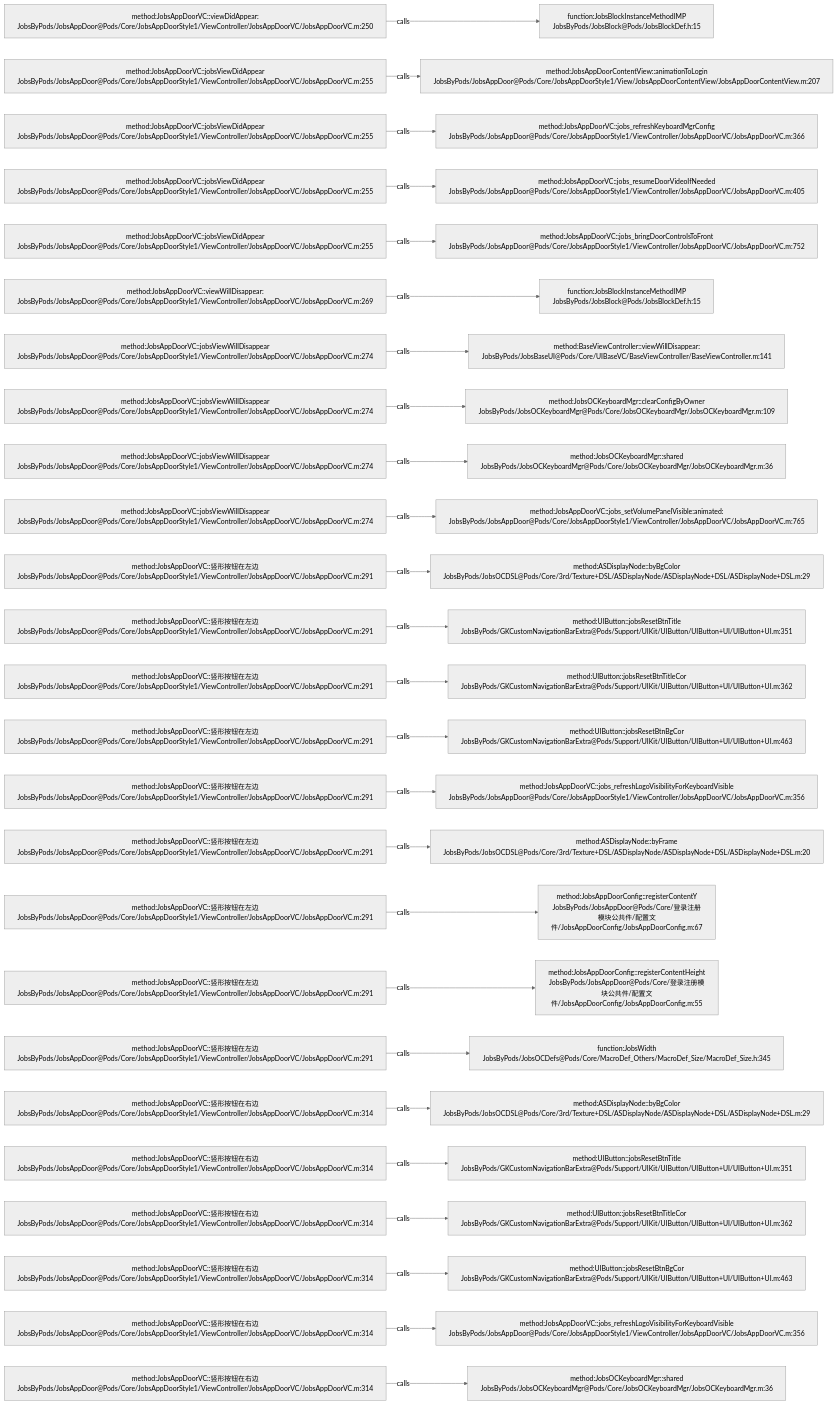
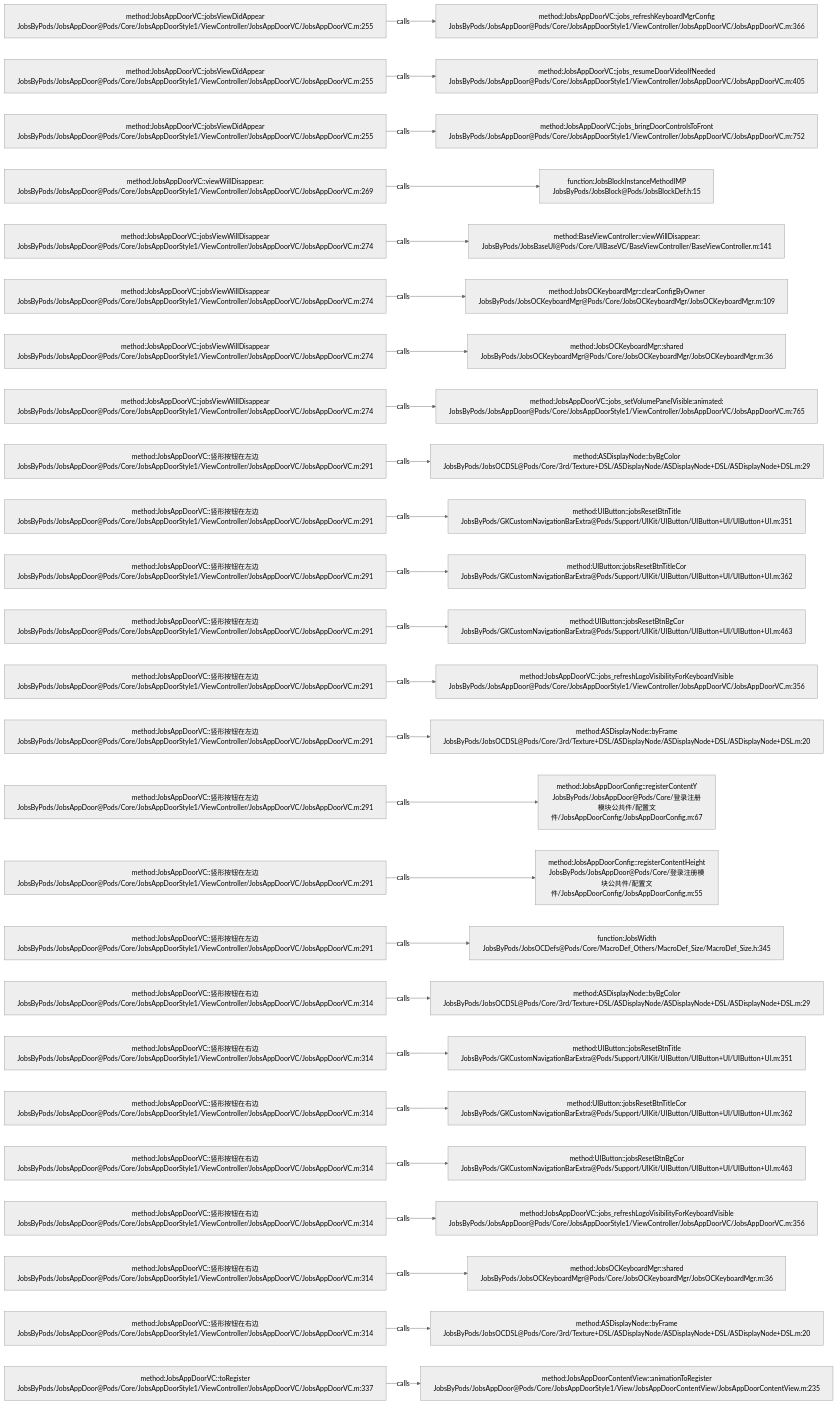
One commit to JobsKits/JobsOCBaseConfigDemo changed the diagram in .codegraph/codegraph.md/graphs/calls-106.md. Above: the diagram before and after it, drawn with Mermaid (neutral theme). The commit also changed 116 other files, not shown here.

````diff
--- a/.codegraph/codegraph.md/graphs/calls-106.md
+++ b/.codegraph/codegraph.md/graphs/calls-106.md
@@ -13,78 +13,78 @@
 ```mermaid
 flowchart LR
-  S1["method:JobsAppDoorVC::viewDidAppear:<br/>JobsByPods/JobsAppDoor@Pods/Core/JobsAppDoorStyle1/ViewController/JobsAppDoorVC/JobsAppDoorVC.m:250"]
-  T1["function:JobsBlockInstanceMethodIMP<br/>JobsByPods/JobsBlock@Pods/JobsBlockDef.h:15"]
+  S1["method:JobsAppDoorVC::jobsViewDidAppear<br/>JobsByPods/JobsAppDoor@Pods/Core/JobsAppDoorStyle1/ViewController/JobsAppDoorVC/JobsAppDoorVC.m:255"]
+  T1["method:JobsAppDoorVC::jobs_refreshKeyboardMgrConfig<br/>JobsByPods/JobsAppDoor@Pods/Core/JobsAppDoorStyle1/ViewController/JobsAppDoorVC/JobsAppDoorVC.m:366"]
   S1 -->|calls| T1
   S2["method:JobsAppDoorVC::jobsViewDidAppear<br/>JobsByPods/JobsAppDoor@Pods/Core/JobsAppDoorStyle1/ViewController/JobsAppDoorVC/JobsAppDoorVC.m:255"]
-  T2["method:JobsAppDoorContentView::animationToLogin<br/>JobsByPods/JobsAppDoor@Pods/Core/JobsAppDoorStyle1/View/JobsAppDoorContentView/JobsAppDoorContentView.m:207"]
+  T2["method:JobsAppDoorVC::jobs_resumeDoorVideoIfNeeded<br/>JobsByPods/JobsAppDoor@Pods/Core/JobsAppDoorStyle1/ViewController/JobsAppDoorVC/JobsAppDoorVC.m:405"]
   S2 -->|calls| T2
   S3["method:JobsAppDoorVC::jobsViewDidAppear<br/>JobsByPods/JobsAppDoor@Pods/Core/JobsAppDoorStyle1/ViewController/JobsAppDoorVC/JobsAppDoorVC.m:255"]
-  T3["method:JobsAppDoorVC::jobs_refreshKeyboardMgrConfig<br/>JobsByPods/JobsAppDoor@Pods/Core/JobsAppDoorStyle1/ViewController/JobsAppDoorVC/JobsAppDoorVC.m:366"]
+  T3["method:JobsAppDoorVC::jobs_bringDoorControlsToFront<br/>JobsByPods/JobsAppDoor@Pods/Core/JobsAppDoorStyle1/ViewController/JobsAppDoorVC/JobsAppDoorVC.m:752"]
   S3 -->|calls| T3
-  S4["method:JobsAppDoorVC::jobsViewDidAppear<br/>JobsByPods/JobsAppDoor@Pods/Core/JobsAppDoorStyle1/ViewController/JobsAppDoorVC/JobsAppDoorVC.m:255"]
-  T4["method:JobsAppDoorVC::jobs_resumeDoorVideoIfNeeded<br/>JobsByPods/JobsAppDoor@Pods/Core/JobsAppDoorStyle1/ViewController/JobsAppDoorVC/JobsAppDoorVC.m:405"]
+  S4["method:JobsAppDoorVC::viewWillDisappear:<br/>JobsByPods/JobsAppDoor@Pods/Core/JobsAppDoorStyle1/ViewController/JobsAppDoorVC/JobsAppDoorVC.m:269"]
+  T4["function:JobsBlockInstanceMethodIMP<br/>JobsByPods/JobsBlock@Pods/JobsBlockDef.h:15"]
   S4 -->|calls| T4
-  S5["method:JobsAppDoorVC::jobsViewDidAppear<br/>JobsByPods/JobsAppDoor@Pods/Core/JobsAppDoorStyle1/ViewController/JobsAppDoorVC/JobsAppDoorVC.m:255"]
-  T5["method:JobsAppDoorVC::jobs_bringDoorControlsToFront<br/>JobsByPods/JobsAppDoor@Pods/Core/JobsAppDoorStyle1/ViewController/JobsAppDoorVC/JobsAppDoorVC.m:752"]
+  S5["method:JobsAppDoorVC::jobsViewWillDisappear<br/>JobsByPods/JobsAppDoor@Pods/Core/JobsAppDoorStyle1/ViewController/JobsAppDoorVC/JobsAppDoorVC.m:274"]
+  T5["method:BaseViewController::viewWillDisappear:<br/>JobsByPods/JobsBaseUI@Pods/Core/UIBaseVC/BaseViewController/BaseViewController.m:141"]
   S5 -->|calls| T5
-  S6["method:JobsAppDoorVC::viewWillDisappear:<br/>JobsByPods/JobsAppDoor@Pods/Core/JobsAppDoorStyle1/ViewController/JobsAppDoorVC/JobsAppDoorVC.m:269"]
-  T6["function:JobsBlockInstanceMethodIMP<br/>JobsByPods/JobsBlock@Pods/JobsBlockDef.h:15"]
+  S6["method:JobsAppDoorVC::jobsViewWillDisappear<br/>JobsByPods/JobsAppDoor@Pods/Core/JobsAppDoorStyle1/ViewController/JobsAppDoorVC/JobsAppDoorVC.m:274"]
+  T6["method:JobsOCKeyboardMgr::clearConfigByOwner<br/>JobsByPods/JobsOCKeyboardMgr@Pods/Core/JobsOCKeyboardMgr/JobsOCKeyboardMgr.m:109"]
   S6 -->|calls| T6
   S7["method:JobsAppDoorVC::jobsViewWillDisappear<br/>JobsByPods/JobsAppDoor@Pods/Core/JobsAppDoorStyle1/ViewController/JobsAppDoorVC/JobsAppDoorVC.m:274"]
-  T7["method:BaseViewController::viewWillDisappear:<br/>JobsByPods/JobsBaseUI@Pods/Core/UIBaseVC/BaseViewController/BaseViewController.m:141"]
+  T7["method:JobsOCKeyboardMgr::shared<br/>JobsByPods/JobsOCKeyboardMgr@Pods/Core/JobsOCKeyboardMgr/JobsOCKeyboardMgr.m:36"]
   S7 -->|calls| T7
   S8["method:JobsAppDoorVC::jobsViewWillDisappear<br/>JobsByPods/JobsAppDoor@Pods/Core/JobsAppDoorStyle1/ViewController/JobsAppDoorVC/JobsAppDoorVC.m:274"]
-  T8["method:JobsOCKeyboardMgr::clearConfigByOwner<br/>JobsByPods/JobsOCKeyboardMgr@Pods/Core/JobsOCKeyboardMgr/JobsOCKeyboardMgr.m:109"]
+  T8["method:JobsAppDoorVC::jobs_setVolumePanelVisible:animated:<br/>JobsByPods/JobsAppDoor@Pods/Core/JobsAppDoorStyle1/ViewController/JobsAppDoorVC/JobsAppDoorVC.m:765"]
   S8 -->|calls| T8
-  S9["method:JobsAppDoorVC::jobsViewWillDisappear<br/>JobsByPods/JobsAppDoor@Pods/Core/JobsAppDoorStyle1/ViewController/JobsAppDoorVC/JobsAppDoorVC.m:274"]
-  T9["method:JobsOCKeyboardMgr::shared<br/>JobsByPods/JobsOCKeyboardMgr@Pods/Core/JobsOCKeyboardMgr/JobsOCKeyboardMgr.m:36"]
+  S9["method:JobsAppDoorVC::竖形按钮在左边<br/>JobsByPods/JobsAppDoor@Pods/Core/JobsAppDoorStyle1/ViewController/JobsAppDoorVC/JobsAppDoorVC.m:291"]
+  T9["method:ASDisplayNode::byBgColor<br/>JobsByPods/JobsOCDSL@Pods/Core/3rd/Texture+DSL/ASDisplayNode/ASDisplayNode+DSL/ASDisplayNode+DSL.m:29"]
   S9 -->|calls| T9
-  S10["method:JobsAppDoorVC::jobsViewWillDisappear<br/>JobsByPods/JobsAppDoor@Pods/Core/JobsAppDoorStyle1/ViewController/JobsAppDoorVC/JobsAppDoorVC.m:274"]
-  T10["method:JobsAppDoorVC::jobs_setVolumePanelVisible:animated:<br/>JobsByPods/JobsAppDoor@Pods/Core/JobsAppDoorStyle1/ViewController/JobsAppDoorVC/JobsAppDoorVC.m:765"]
+  S10["method:JobsAppDoorVC::竖形按钮在左边<br/>JobsByPods/JobsAppDoor@Pods/Core/JobsAppDoorStyle1/ViewController/JobsAppDoorVC/JobsAppDoorVC.m:291"]
+  T10["method:UIButton::jobsResetBtnTitle<br/>JobsByPods/GKCustomNavigationBarExtra@Pods/Support/UIKit/UIButton/UIButton+UI/UIButton+UI.m:351"]
   S10 -->|calls| T10
   S11["method:JobsAppDoorVC::竖形按钮在左边<br/>JobsByPods/JobsAppDoor@Pods/Core/JobsAppDoorStyle1/ViewController/JobsAppDoorVC/JobsAppDoorVC.m:291"]
-  T11["method:ASDisplayNode::byBgColor<br/>JobsByPods/JobsOCDSL@Pods/Core/3rd/Texture+DSL/ASDisplayNode/ASDisplayNode+DSL/ASDisplayNode+DSL.m:29"]
+  T11["method:UIButton::jobsResetBtnTitleCor<br/>JobsByPods/GKCustomNavigationBarExtra@Pods/Support/UIKit/UIButton/UIButton+UI/UIButton+UI.m:362"]
   S11 -->|calls| T11
   S12["method:JobsAppDoorVC::竖形按钮在左边<br/>JobsByPods/JobsAppDoor@Pods/Core/JobsAppDoorStyle1/ViewController/JobsAppDoorVC/JobsAppDoorVC.m:291"]
-  T12["method:UIButton::jobsResetBtnTitle<br/>JobsByPods/GKCustomNavigationBarExtra@Pods/Support/UIKit/UIButton/UIButton+UI/UIButton+UI.m:351"]
+  T12["method:UIButton::jobsResetBtnBgCor<br/>JobsByPods/GKCustomNavigationBarExtra@Pods/Support/UIKit/UIButton/UIButton+UI/UIButton+UI.m:463"]
   S12 -->|calls| T12
   S13["method:JobsAppDoorVC::竖形按钮在左边<br/>JobsByPods/JobsAppDoor@Pods/Core/JobsAppDoorStyle1/ViewController/JobsAppDoorVC/JobsAppDoorVC.m:291"]
-  T13["method:UIButton::jobsResetBtnTitleCor<br/>JobsByPods/GKCustomNavigationBarExtra@Pods/Support/UIKit/UIButton/UIButton+UI/UIButton+UI.m:362"]
+  T13["method:JobsAppDoorVC::jobs_refreshLogoVisibilityForKeyboardVisible<br/>JobsByPods/JobsAppDoor@Pods/Core/JobsAppDoorStyle1/ViewController/JobsAppDoorVC/JobsAppDoorVC.m:356"]
   S13 -->|calls| T13
   S14["method:JobsAppDoorVC::竖形按钮在左边<br/>JobsByPods/JobsAppDoor@Pods/Core/JobsAppDoorStyle1/ViewController/JobsAppDoorVC/JobsAppDoorVC.m:291"]
-  T14["method:UIButton::jobsResetBtnBgCor<br/>JobsByPods/GKCustomNavigationBarExtra@Pods/Support/UIKit/UIButton/UIButton+UI/UIButton+UI.m:463"]
+  T14["method:ASDisplayNode::byFrame<br/>JobsByPods/JobsOCDSL@Pods/Core/3rd/Texture+DSL/ASDisplayNode/ASDisplayNode+DSL/ASDisplayNode+DSL.m:20"]
   S14 -->|calls| T14
   S15["method:JobsAppDoorVC::竖形按钮在左边<br/>JobsByPods/JobsAppDoor@Pods/Core/JobsAppDoorStyle1/ViewController/JobsAppDoorVC/JobsAppDoorVC.m:291"]
-  T15["method:JobsAppDoorVC::jobs_refreshLogoVisibilityForKeyboardVisible<br/>JobsByPods/JobsAppDoor@Pods/Core/JobsAppDoorStyle1/ViewController/JobsAppDoorVC/JobsAppDoorVC.m:356"]
+  T15["method:JobsAppDoorConfig::registerContentY<br/>JobsByPods/JobsAppDoor@Pods/Core/登录注册模块公共件/配置文件/JobsAppDoorConfig/JobsAppDoorConfig.m:67"]
   S15 -->|calls| T15
   S16["method:JobsAppDoorVC::竖形按钮在左边<br/>JobsByPods/JobsAppDoor@Pods/Core/JobsAppDoorStyle1/ViewController/JobsAppDoorVC/JobsAppDoorVC.m:291"]
-  T16["method:ASDisplayNode::byFrame<br/>JobsByPods/JobsOCDSL@Pods/Core/3rd/Texture+DSL/ASDisplayNode/ASDisplayNode+DSL/ASDisplayNode+DSL.m:20"]
+  T16["method:JobsAppDoorConfig::registerContentHeight<br/>JobsByPods/JobsAppDoor@Pods/Core/登录注册模块公共件/配置文件/JobsAppDoorConfig/JobsAppDoorConfig.m:55"]
   S16 -->|calls| T16
   S17["method:JobsAppDoorVC::竖形按钮在左边<br/>JobsByPods/JobsAppDoor@Pods/Core/JobsAppDoorStyle1/ViewController/JobsAppDoorVC/JobsAppDoorVC.m:291"]
-  T17["method:JobsAppDoorConfig::registerContentY<br/>JobsByPods/JobsAppDoor@Pods/Core/登录注册模块公共件/配置文件/JobsAppDoorConfig/JobsAppDoorConfig.m:67"]
+  T17["function:JobsWidth<br/>JobsByPods/JobsOCDefs@Pods/Core/MacroDef_Others/MacroDef_Size/MacroDef_Size.h:345"]
   S17 -->|calls| T17
-  S18["method:JobsAppDoorVC::竖形按钮在左边<br/>JobsByPods/JobsAppDoor@Pods/Core/JobsAppDoorStyle1/ViewController/JobsAppDoorVC/JobsAppDoorVC.m:291"]
-  T18["method:JobsAppDoorConfig::registerContentHeight<br/>JobsByPods/JobsAppDoor@Pods/Core/登录注册模块公共件/配置文件/JobsAppDoorConfig/JobsAppDoorConfig.m:55"]
+  S18["method:JobsAppDoorVC::竖形按钮在右边<br/>JobsByPods/JobsAppDoor@Pods/Core/JobsAppDoorStyle1/ViewController/JobsAppDoorVC/JobsAppDoorVC.m:314"]
+  T18["method:ASDisplayNode::byBgColor<br/>JobsByPods/JobsOCDSL@Pods/Core/3rd/Texture+DSL/ASDisplayNode/ASDisplayNode+DSL/ASDisplayNode+DSL.m:29"]
   S18 -->|calls| T18
-  S19["method:JobsAppDoorVC::竖形按钮在左边<br/>JobsByPods/JobsAppDoor@Pods/Core/JobsAppDoorStyle1/ViewController/JobsAppDoorVC/JobsAppDoorVC.m:291"]
-  T19["function:JobsWidth<br/>JobsByPods/JobsOCDefs@Pods/Core/MacroDef_Others/MacroDef_Size/MacroDef_Size.h:345"]
+  S19["method:JobsAppDoorVC::竖形按钮在右边<br/>JobsByPods/JobsAppDoor@Pods/Core/JobsAppDoorStyle1/ViewController/JobsAppDoorVC/JobsAppDoorVC.m:314"]
+  T19["method:UIButton::jobsResetBtnTitle<br/>JobsByPods/GKCustomNavigationBarExtra@Pods/Support/UIKit/UIButton/UIButton+UI/UIButton+UI.m:351"]
   S19 -->|calls| T19
   S20["method:JobsAppDoorVC::竖形按钮在右边<br/>JobsByPods/JobsAppDoor@Pods/Core/JobsAppDoorStyle1/ViewController/JobsAppDoorVC/JobsAppDoorVC.m:314"]
-  T20["method:ASDisplayNode::byBgColor<br/>JobsByPods/JobsOCDSL@Pods/Core/3rd/Texture+DSL/ASDisplayNode/ASDisplayNode+DSL/ASDisplayNode+DSL.m:29"]
+  T20["method:UIButton::jobsResetBtnTitleCor<br/>JobsByPods/GKCustomNavigationBarExtra@Pods/Support/UIKit/UIButton/UIButton+UI/UIButton+UI.m:362"]
   S20 -->|calls| T20
   S21["method:JobsAppDoorVC::竖形按钮在右边<br/>JobsByPods/JobsAppDoor@Pods/Core/JobsAppDoorStyle1/ViewController/JobsAppDoorVC/JobsAppDoorVC.m:314"]
-  T21["method:UIButton::jobsResetBtnTitle<br/>JobsByPods/GKCustomNavigationBarExtra@Pods/Support/UIKit/UIButton/UIButton+UI/UIButton+UI.m:351"]
+  T21["method:UIButton::jobsResetBtnBgCor<br/>JobsByPods/GKCustomNavigationBarExtra@Pods/Support/UIKit/UIButton/UIButton+UI/UIButton+UI.m:463"]
   S21 -->|calls| T21
   S22["method:JobsAppDoorVC::竖形按钮在右边<br/>JobsByPods/JobsAppDoor@Pods/Core/JobsAppDoorStyle1/ViewController/JobsAppDoorVC/JobsAppDoorVC.m:314"]
-  T22["method:UIButton::jobsResetBtnTitleCor<br/>JobsByPods/GKCustomNavigationBarExtra@Pods/Support/UIKit/UIButton/UIButton+UI/UIButton+UI.m:362"]
+  T22["method:JobsAppDoorVC::jobs_refreshLogoVisibilityForKeyboardVisible<br/>JobsByPods/JobsAppDoor@Pods/Core/JobsAppDoorStyle1/ViewController/JobsAppDoorVC/JobsAppDoorVC.m:356"]
   S22 -->|calls| T22
   S23["method:JobsAppDoorVC::竖形按钮在右边<br/>JobsByPods/JobsAppDoor@Pods/Core/JobsAppDoorStyle1/ViewController/JobsAppDoorVC/JobsAppDoorVC.m:314"]
-  T23["method:UIButton::jobsResetBtnBgCor<br/>JobsByPods/GKCustomNavigationBarExtra@Pods/Support/UIKit/UIButton/UIButton+UI/UIButton+UI.m:463"]
+  T23["method:JobsOCKeyboardMgr::shared<br/>JobsByPods/JobsOCKeyboardMgr@Pods/Core/JobsOCKeyboardMgr/JobsOCKeyboardMgr.m:36"]
   S23 -->|calls| T23
   S24["method:JobsAppDoorVC::竖形按钮在右边<br/>JobsByPods/JobsAppDoor@Pods/Core/JobsAppDoorStyle1/ViewController/JobsAppDoorVC/JobsAppDoorVC.m:314"]
-  T24["method:JobsAppDoorVC::jobs_refreshLogoVisibilityForKeyboardVisible<br/>JobsByPods/JobsAppDoor@Pods/Core/JobsAppDoorStyle1/ViewController/JobsAppDoorVC/JobsAppDoorVC.m:356"]
+  T24["method:ASDisplayNode::byFrame<br/>JobsByPods/JobsOCDSL@Pods/Core/3rd/Texture+DSL/ASDisplayNode/ASDisplayNode+DSL/ASDisplayNode+DSL.m:20"]
   S24 -->|calls| T24
-  S25["method:JobsAppDoorVC::竖形按钮在右边<br/>JobsByPods/JobsAppDoor@Pods/Core/JobsAppDoorStyle1/ViewController/JobsAppDoorVC/JobsAppDoorVC.m:314"]
-  T25["method:JobsOCKeyboardMgr::shared<br/>JobsByPods/JobsOCKeyboardMgr@Pods/Core/JobsOCKeyboardMgr/JobsOCKeyboardMgr.m:36"]
+  S25["method:JobsAppDoorVC::toRegister<br/>JobsByPods/JobsAppDoor@Pods/Core/JobsAppDoorStyle1/ViewController/JobsAppDoorVC/JobsAppDoorVC.m:337"]
+  T25["method:JobsAppDoorContentView::animationToRegister<br/>JobsByPods/JobsAppDoor@Pods/Core/JobsAppDoorStyle1/View/JobsAppDoorContentView/JobsAppDoorContentView.m:235"]
   S25 -->|calls| T25
 ```
````
